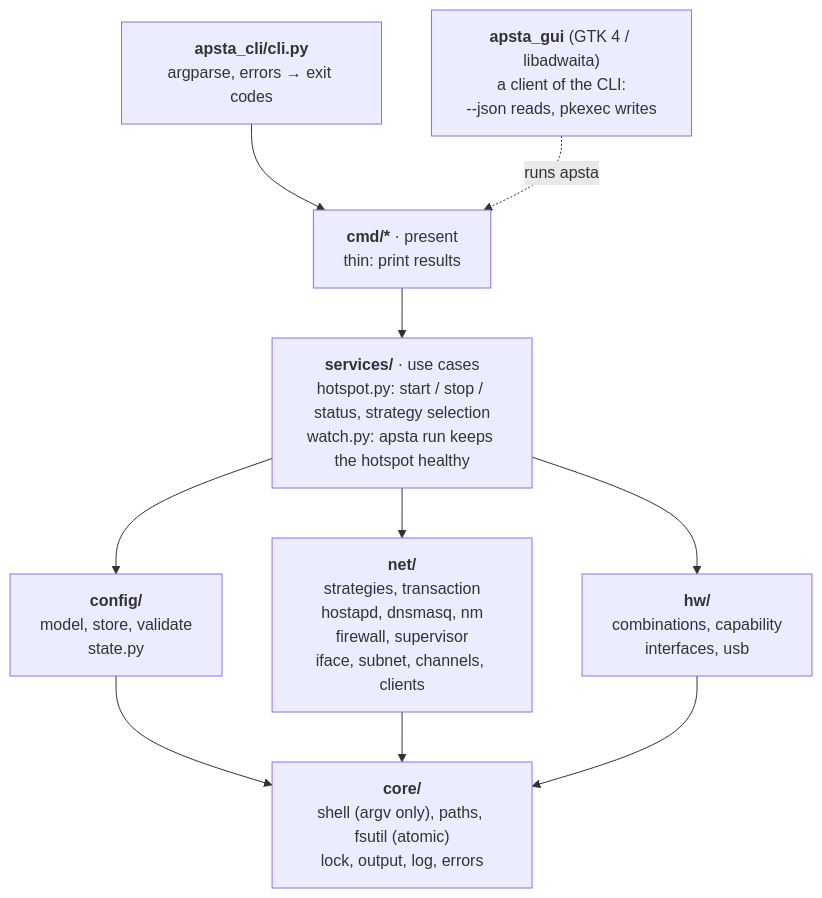
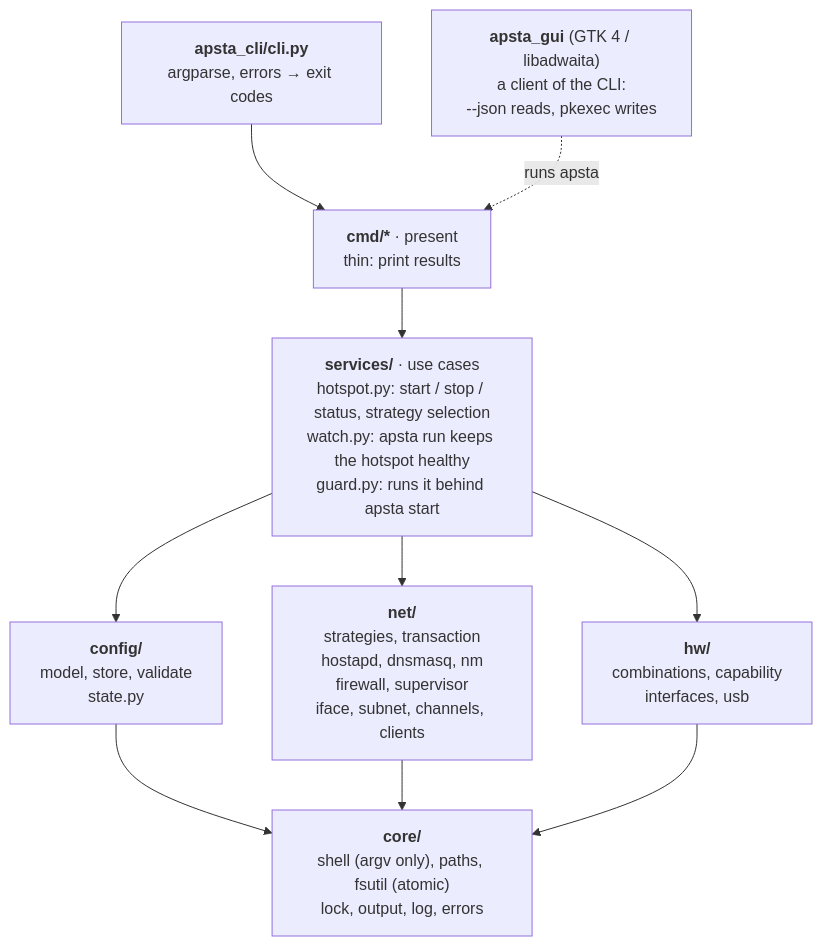
One commit to krotrn/apsta changed the first of 4 diagrams in docs/ARCHITECTURE.md. Above: the diagram before and after it, drawn with Mermaid. The commit also changed other lines of this file and 11 other files, not shown here.

First line of the commit message:
fix: watch hotspots started with apsta start, so WiFi can follow its network

````diff
--- a/docs/ARCHITECTURE.md
+++ b/docs/ARCHITECTURE.md
@@ -8,17 +8,17 @@
 ```mermaid
 flowchart TD
     CLI["<b>apsta_cli/cli.py</b><br/>argparse, errors → exit codes"]
     GUI["<b>apsta_gui</b> (GTK 4 / libadwaita)<br/>a client of the CLI:<br/>--json reads, pkexec writes"]
     CMD["<b>cmd/*</b> · present<br/>thin: print results"]
-    SVC["<b>services/</b> · use cases<br/>hotspot.py: start / stop / status, strategy selection<br/>watch.py: apsta run keeps the hotspot healthy"]
+    SVC["<b>services/</b> · use cases<br/>hotspot.py: start / stop / status, strategy selection<br/>watch.py: apsta run keeps the hotspot healthy<br/>guard.py: runs it behind apsta start"]
     CFG["<b>config/</b><br/>model, store, validate<br/>state.py"]
     NET["<b>net/</b><br/>strategies, transaction<br/>hostapd, dnsmasq, nm<br/>firewall, supervisor<br/>iface, subnet, channels, clients"]
     HW["<b>hw/</b><br/>combinations, capability<br/>interfaces, usb"]
     CORE["<b>core/</b><br/>shell (argv only), paths, fsutil (atomic)<br/>lock, output, log, errors"]
 
     CLI --> CMD
     GUI -. "runs apsta" .-> CMD
     CMD --> SVC
     SVC --> CFG & NET & HW
     CFG & NET & HW --> CORE
 ```
````
